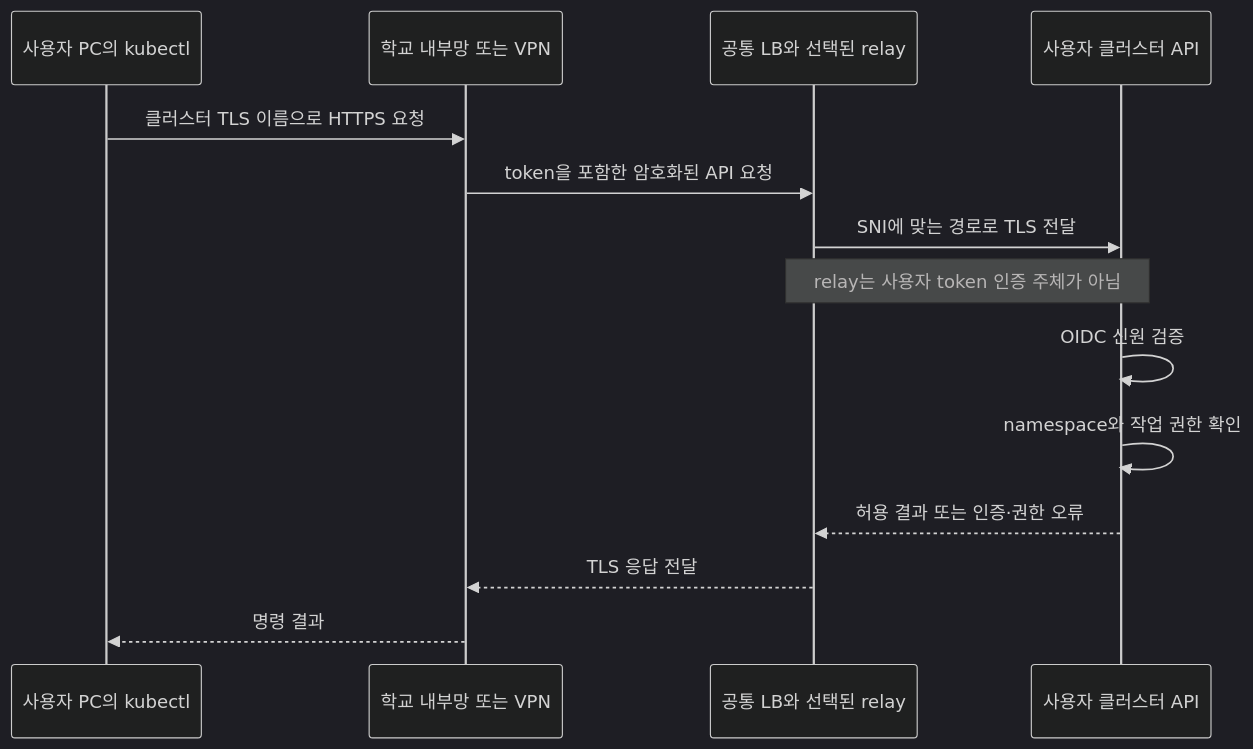
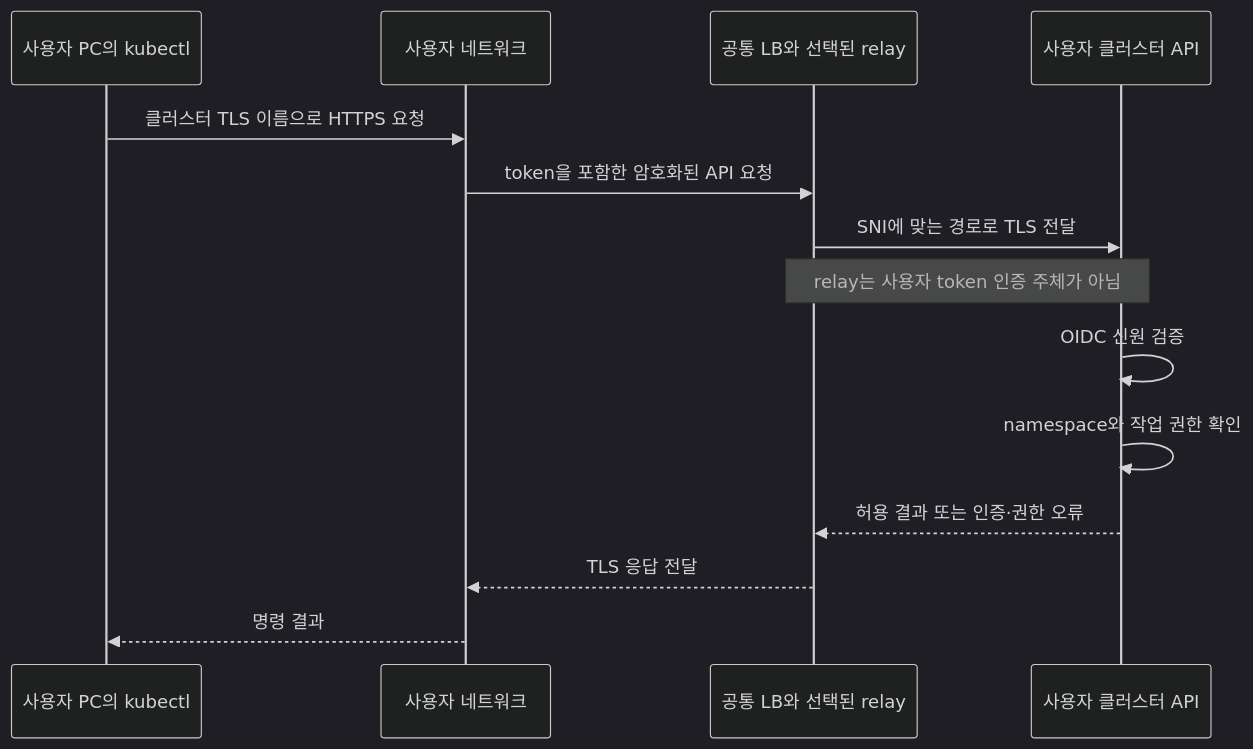
The second of 3 diagrams in docs/kubectl-command-flow.md (seungyeobchoi/portfolio), drawn with Mermaid (dark theme) before and after one commit. The commit also changed other lines of this file and 5 other files, not shown here.

````diff
--- a/docs/kubectl-command-flow.md
+++ b/docs/kubectl-command-flow.md
@@ -49,16 +49,16 @@
 ```mermaid
 sequenceDiagram
     participant K as 사용자 PC의 kubectl
-    participant N as 학교 내부망 또는 VPN
+    participant N as 사용자 네트워크
     participant G as 공통 LB와 선택된 relay
     participant A as 사용자 클러스터 API
     K->>N: 클러스터 TLS 이름으로 HTTPS 요청
     N->>G: token을 포함한 암호화된 API 요청
     G->>A: SNI에 맞는 경로로 TLS 전달
     Note over G,A: relay는 사용자 token 인증 주체가 아님
     A->>A: OIDC 신원 검증
     A->>A: namespace와 작업 권한 확인
     A-->>G: 허용 결과 또는 인증·권한 오류
     G-->>N: TLS 응답 전달
     N-->>K: 명령 결과
 ```
````
